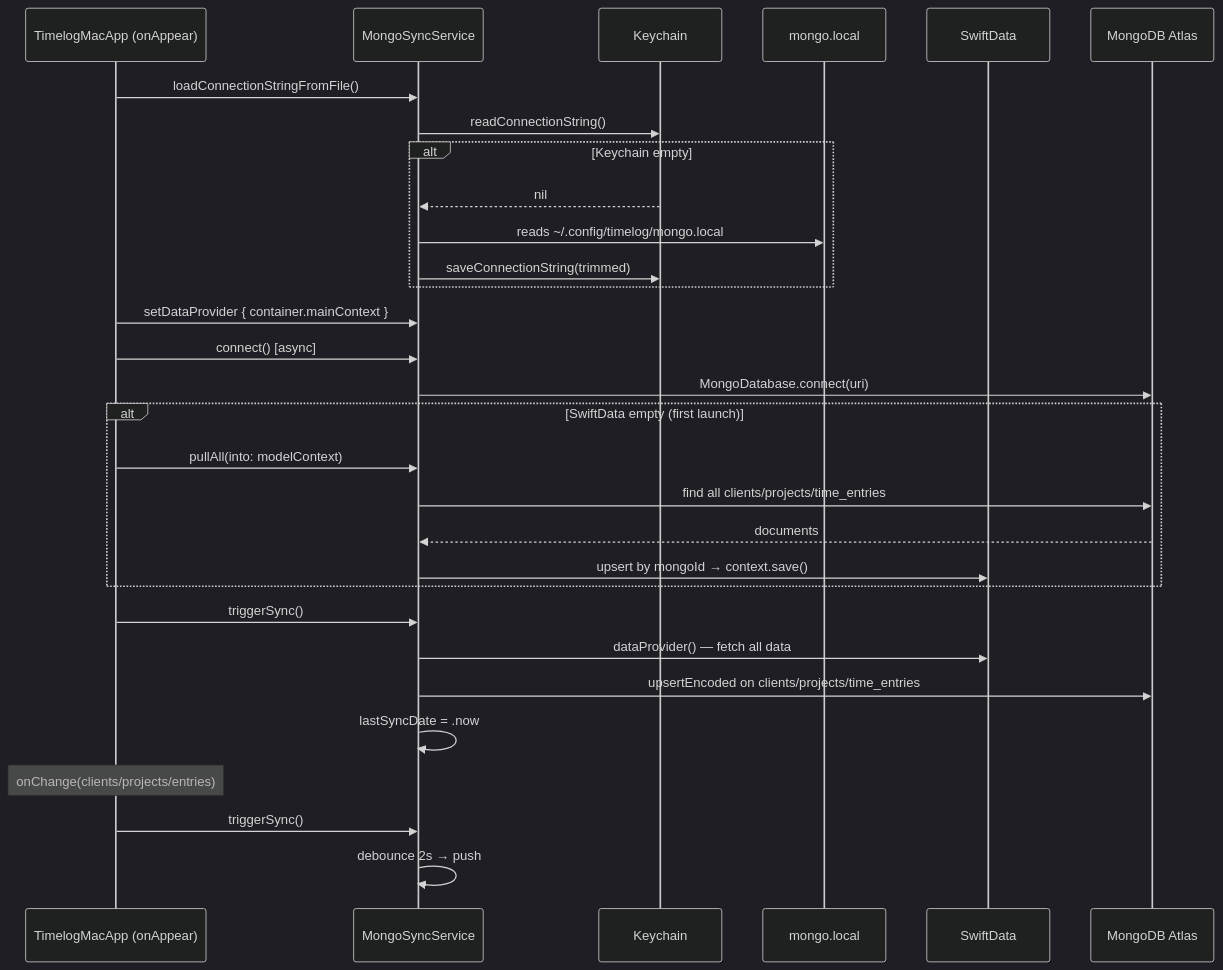
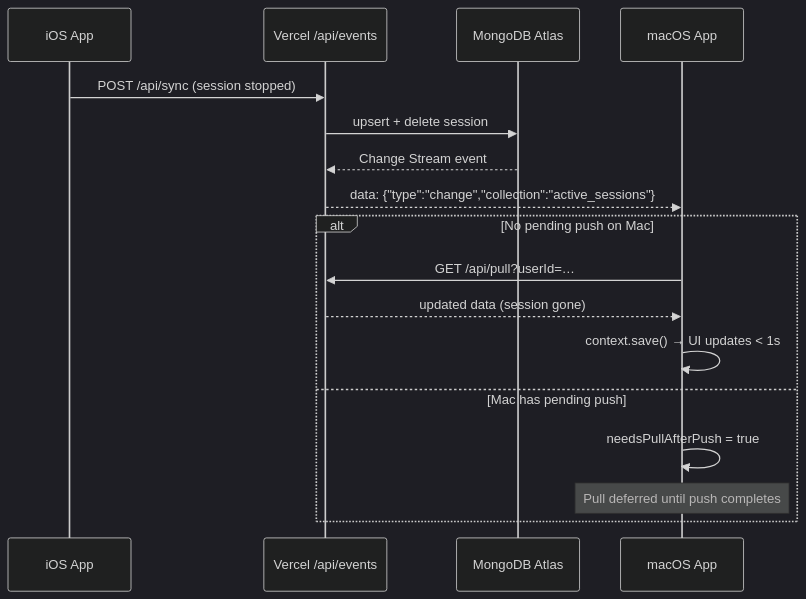
Before and after one commit to albertobarrago/timelog: the fourth of 10 diagrams in docs/03-flows.md, drawn with Mermaid (dark theme). The commit also changed other lines of this file and 26 other files, not shown here.

First line of the commit message:
feat(sync): replace MongoKitten with unified SSE-based sync

````diff
--- a/docs/03-flows.md
+++ b/docs/03-flows.md
@@ -91,37 +94,22 @@
 ```mermaid
 sequenceDiagram
-    participant App as TimelogMacApp (onAppear)
-    participant MSS as MongoSyncService
-    participant KCH as Keychain
-    participant File as mongo.local
-    participant SD as SwiftData
+    participant iOS as iOS App
+    participant VCL as Vercel /api/events
     participant MDB as MongoDB Atlas
+    participant Mac as macOS App
 
-    App->>MSS: loadConnectionStringFromFile()
-    MSS->>KCH: readConnectionString()
-    alt Keychain empty
-        KCH-->>MSS: nil
-        MSS->>File: reads ~/.config/timelog/mongo.local
-        MSS->>KCH: saveConnectionString(trimmed)
+    iOS->>VCL: POST /api/sync (session stopped)
+    VCL->>MDB: upsert + delete session
+
+    MDB-->>VCL: Change Stream event
+    VCL-->>Mac: data: {"type":"change","collection":"active_sessions"}
+
+    alt No pending push on Mac
+        Mac->>VCL: GET /api/pull?userId=…
+        VCL-->>Mac: updated data (session gone)
+        Mac->>Mac: context.save() → UI updates < 1s
+    else Mac has pending push
+        Mac->>Mac: needsPullAfterPush = true
+        Note over Mac: Pull deferred until push completes
     end
-
-    App->>MSS: setDataProvider { container.mainContext }
-    App->>MSS: connect() [async]
-    MSS->>MDB: MongoDatabase.connect(uri)
-
-    alt SwiftData empty (first launch)
-        App->>MSS: pullAll(into: modelContext)
-        MSS->>MDB: find all clients/projects/time_entries
-        MDB-->>MSS: documents
-        MSS->>SD: upsert by mongoId → context.save()
-    end
-
-    App->>MSS: triggerSync()
-    MSS->>SD: dataProvider() — fetch all data
-    MSS->>MDB: upsertEncoded on clients/projects/time_entries
-    MSS->>MSS: lastSyncDate = .now
-
-    Note over App: onChange(clients/projects/entries)
-    App->>MSS: triggerSync()
-    MSS->>MSS: debounce 2s → push
 ```
````
